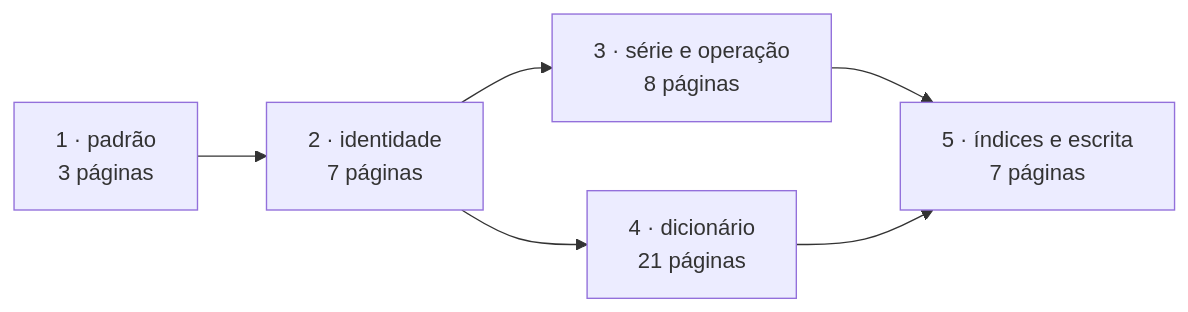
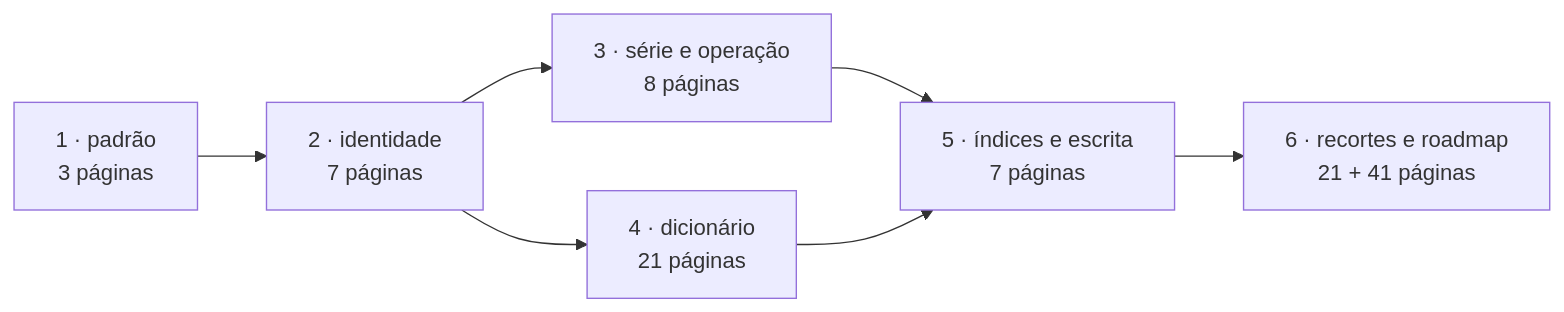
One commit to lucascantarelli/wyd changed the diagram in planejamento-1.0.0/wyd-db/proposta-paginas.md. Above: the diagram before and after it, drawn with Mermaid. The commit also changed other lines of this file and 68 other files, not shown here.

First line of the commit message:
docs(wyd-db): escrever 21 recortes e 40 páginas WYDDB (#81)

````diff
--- a/planejamento-1.0.0/wyd-db/proposta-paginas.md
+++ b/planejamento-1.0.0/wyd-db/proposta-paginas.md
@@ -296,8 +292,9 @@
 ```mermaid
 flowchart LR
     L1["1 · padrão<br/>3 páginas"] --> L2["2 · identidade<br/>7 páginas"]
     L2 --> L3["3 · série e operação<br/>8 páginas"]
     L2 --> L4["4 · dicionário<br/>21 páginas"]
     L3 --> L5["5 · índices e escrita<br/>7 páginas"]
     L4 --> L5
+    L5 --> L6["6 · recortes e roadmap<br/>21 + 41 páginas"]
 ```
````
